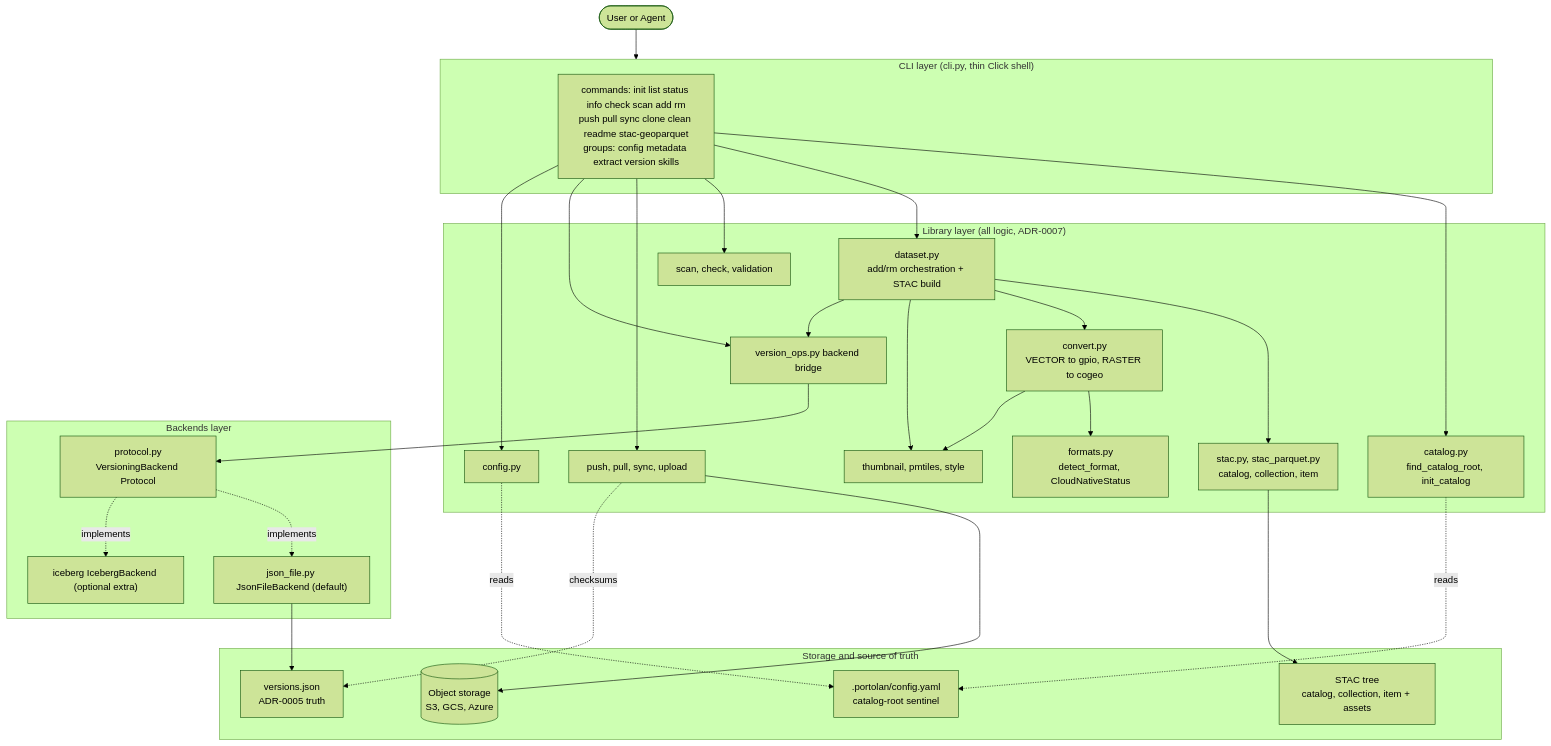
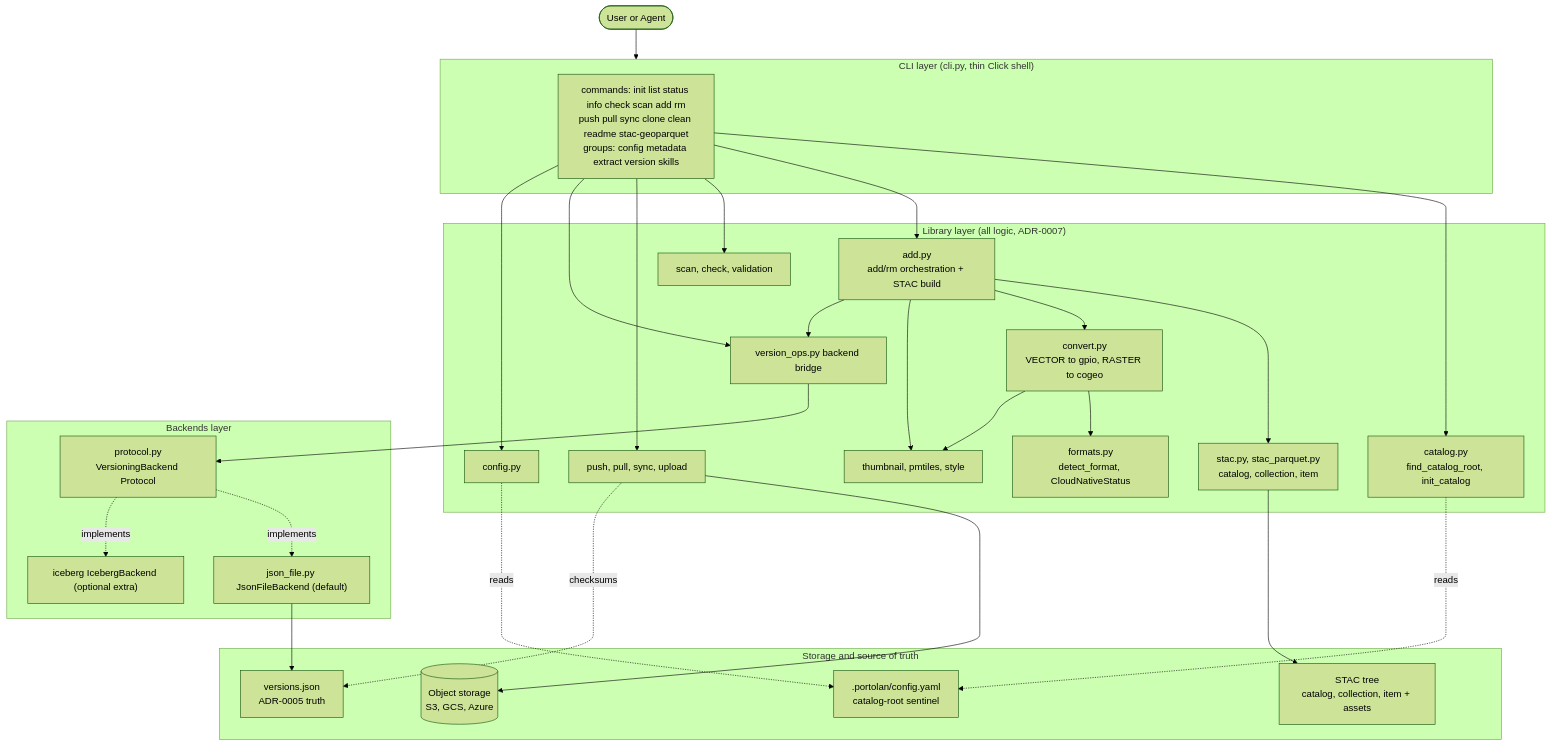
Before and after one commit to portolan-sdi/portolan-cli: the diagram in .claude/rules/architecture.md, drawn with Mermaid (forest theme). The commit also changed other lines of this file and 16 other files, not shown here.

````diff
--- a/.claude/rules/architecture.md
+++ b/.claude/rules/architecture.md
@@ -15,51 +15,51 @@
 ```mermaid
 flowchart TD
     user([User or Agent]) --> CLI
     subgraph CLI["CLI layer (cli.py, thin Click shell)"]
         cmds["commands: init list status info check scan add rm<br/>push pull sync clone clean readme stac-geoparquet<br/>groups: config metadata extract version skills"]
     end
     subgraph LIB["Library layer (all logic, ADR-0007)"]
         catalog["catalog.py<br/>find_catalog_root, init_catalog"]
-        dataset["dataset.py<br/>add/rm orchestration + STAC build"]
+        dataset["add.py<br/>add/rm orchestration + STAC build"]
         stac["stac.py, stac_parquet.py<br/>catalog, collection, item"]
         formats["formats.py<br/>detect_format, CloudNativeStatus"]
         convert["convert.py<br/>VECTOR to gpio, RASTER to cogeo"]
         viz["thumbnail, pmtiles, style"]
         scan["scan, check, validation"]
         syncmod["push, pull, sync, upload"]
         vops["version_ops.py backend bridge"]
         config["config.py"]
     end
     subgraph BK["Backends layer"]
         proto["protocol.py<br/>VersioningBackend Protocol"]
         jsonbk["json_file.py JsonFileBackend (default)"]
         iceberg["iceberg IcebergBackend (optional extra)"]
         proto -.implements.-> jsonbk
         proto -.implements.-> iceberg
     end
     subgraph STORE["Storage and source of truth"]
         sentinel[".portolan/config.yaml<br/>catalog-root sentinel"]
         versions["versions.json<br/>ADR-0005 truth"]
         stactree["STAC tree<br/>catalog, collection, item + assets"]
         object[("Object storage<br/>S3, GCS, Azure")]
     end
     cmds --> catalog
     cmds --> dataset
     cmds --> scan
     cmds --> syncmod
     cmds --> vops
     cmds --> config
     dataset --> stac
     dataset --> convert
     convert --> formats
     convert --> viz
     dataset --> viz
     dataset --> vops
     vops --> proto
     catalog -.reads.-> sentinel
     config -.reads.-> sentinel
     jsonbk --> versions
     stac --> stactree
     syncmod --> object
     syncmod -.checksums.-> versions
 ```
````
